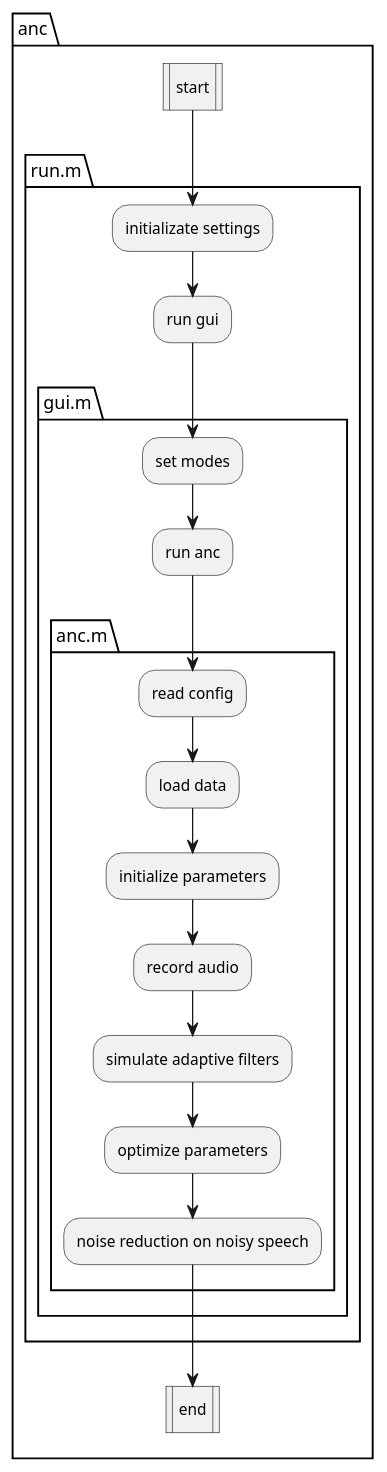
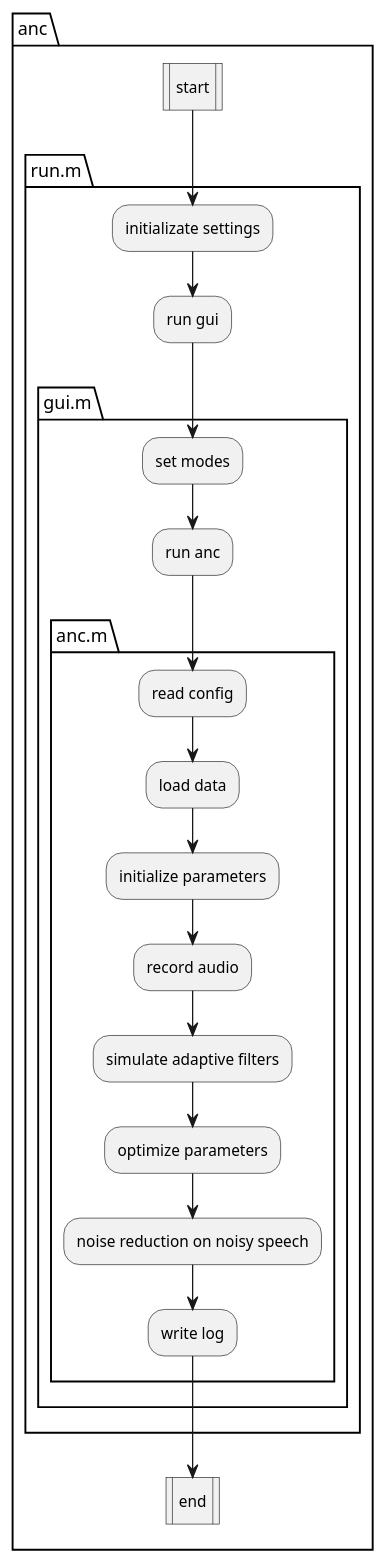
Before and after one commit to Aketirani/active-noise-cancellation: the diagram in flowchart.wsd, drawn with PlantUML.

Commit message:
flowchart updated

```diff
--- a/flowchart.wsd
+++ b/flowchart.wsd
@@ -1,24 +1,25 @@
 @startuml Pipeline Flowchart
 |ANC|
 package "anc" {
     :start|
     package "run.m" {
         :initializate settings;
         :run gui;
         package "gui.m" {
             :set modes;
             :run anc;
             package "anc.m" {
                 :read config;
                 :load data;
                 :initialize parameters;
                 :record audio;
                 :simulate adaptive filters;
                 :optimize parameters;
                 :noise reduction on noisy speech;
+                :write log;
             }
         }
     }
     :end|
 }
 @enduml
```
